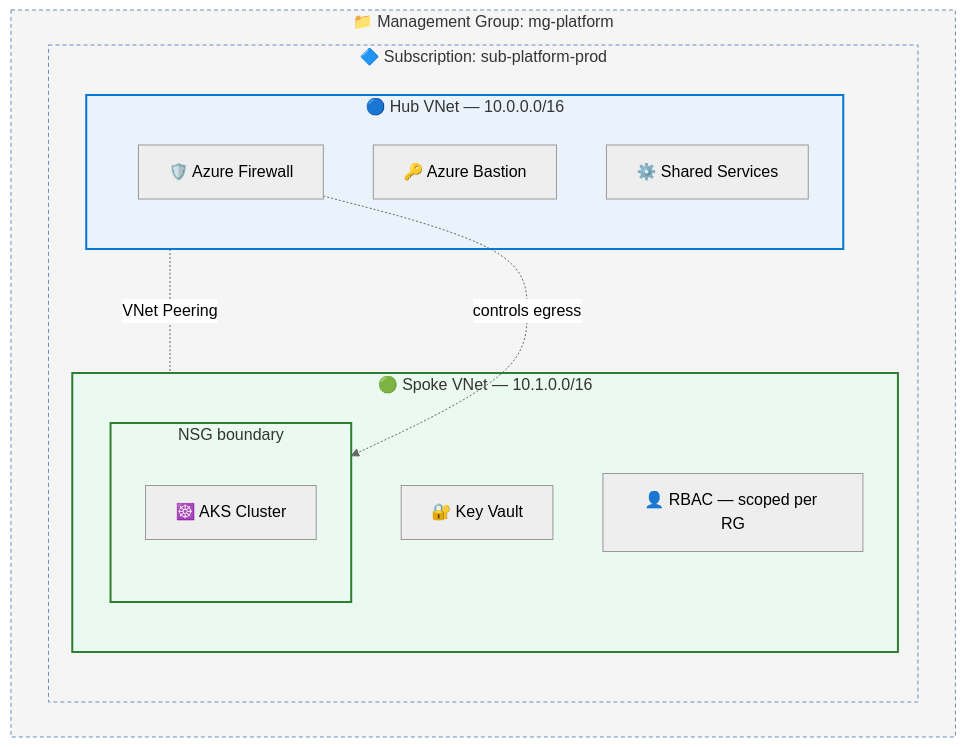
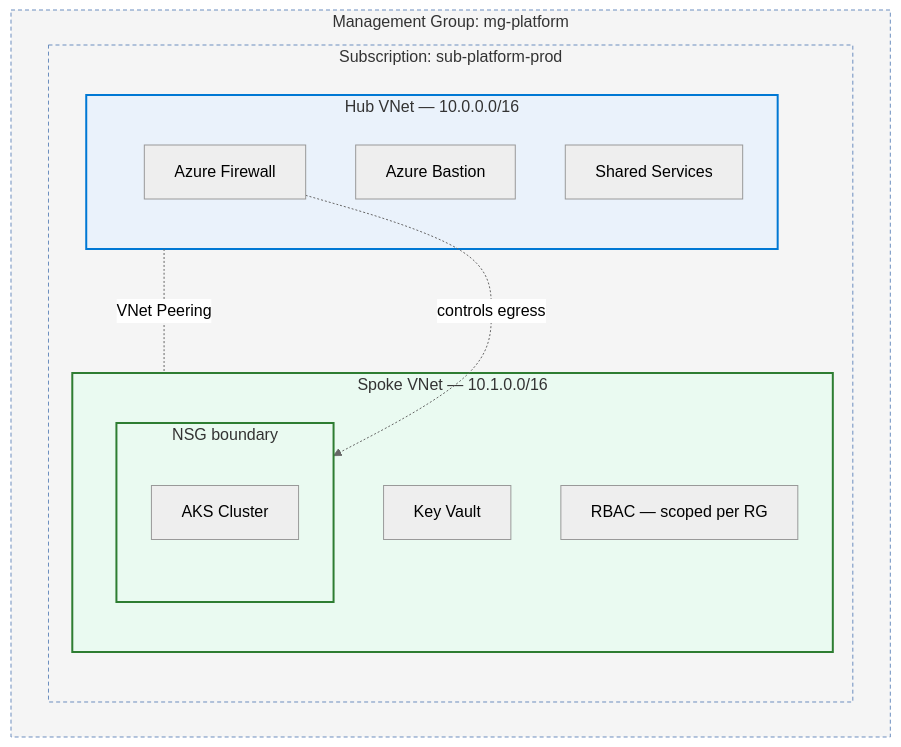
Before and after one commit to aniket-devop/aniket-devop: the first of 6 diagrams in README.md, drawn with Mermaid (neutral theme). The commit also changed other lines of this file, not shown here.

````diff
--- a/README.md
+++ b/README.md
@@ -102,29 +92,29 @@
 ```mermaid
 flowchart TB
-    subgraph MG["📁 Management Group: mg-platform"]
-        subgraph SUB["🔷 Subscription: sub-platform-prod"]
-            subgraph HUB["🔵 Hub VNet — 10.0.0.0/16"]
-                FW["🛡️ Azure Firewall"]
-                BASTION["🔑 Azure Bastion"]
-                SHARED["⚙️ Shared Services"]
+    subgraph MG["Management Group: mg-platform"]
+        subgraph SUB["Subscription: sub-platform-prod"]
+            subgraph HUB["Hub VNet — 10.0.0.0/16"]
+                FW["Azure Firewall"]
+                BASTION["Azure Bastion"]
+                SHARED["Shared Services"]
             end
-            subgraph SPOKE["🟢 Spoke VNet — 10.1.0.0/16"]
+            subgraph SPOKE["Spoke VNet — 10.1.0.0/16"]
                 subgraph NSGB["NSG boundary"]
-                    AKSC["☸️ AKS Cluster"]
+                    AKSC["AKS Cluster"]
                 end
-                KV["🔐 Key Vault"]
-                RBAC["👤 RBAC — scoped per RG"]
+                KV["Key Vault"]
+                RBAC["RBAC — scoped per RG"]
             end
         end
     end
 
     HUB -.VNet Peering.- SPOKE
     FW -."controls egress".-> NSGB
 
     classDef hub fill:#eaf2fb,stroke:#0078D4,stroke-width:2px
     classDef spoke fill:#eafaf1,stroke:#2e7d32,stroke-width:2px
     classDef mg fill:#f5f5f5,stroke:#6c8ebf,stroke-width:1px,stroke-dasharray: 4 3
     class HUB hub
     class SPOKE,NSGB spoke
     class MG,SUB mg
 ```
````
